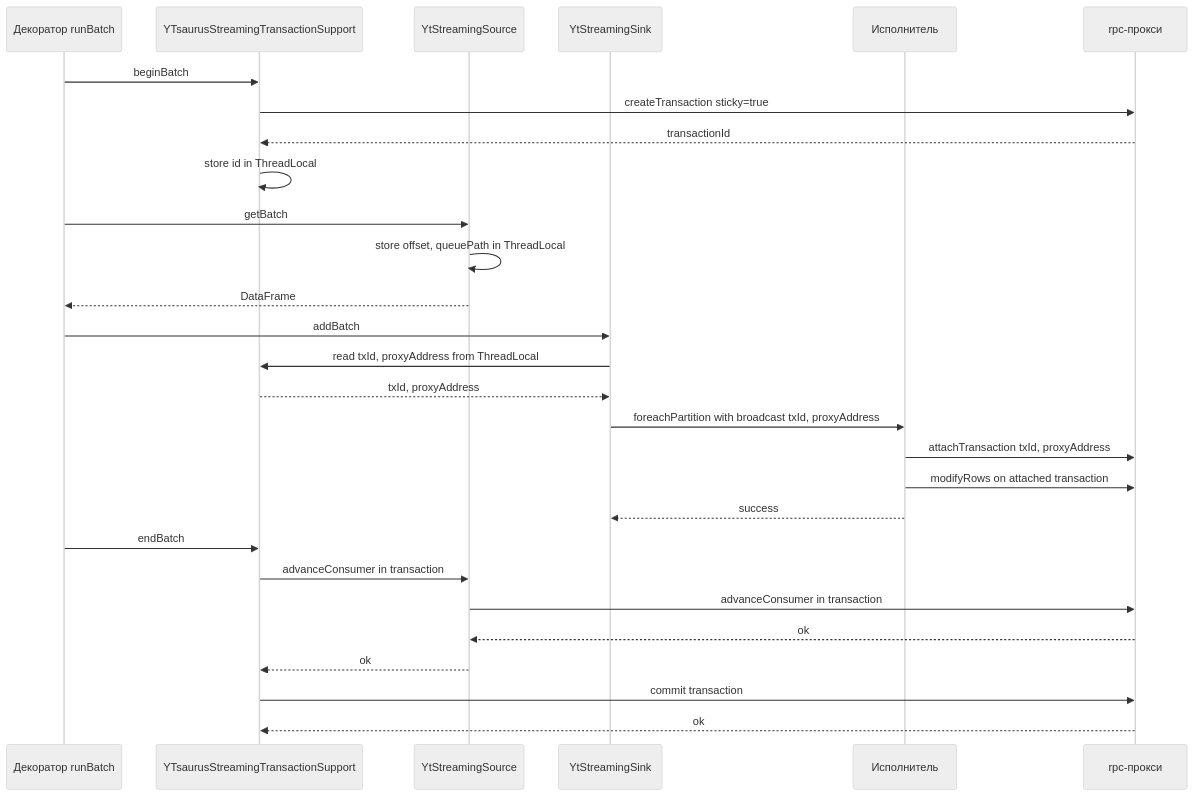
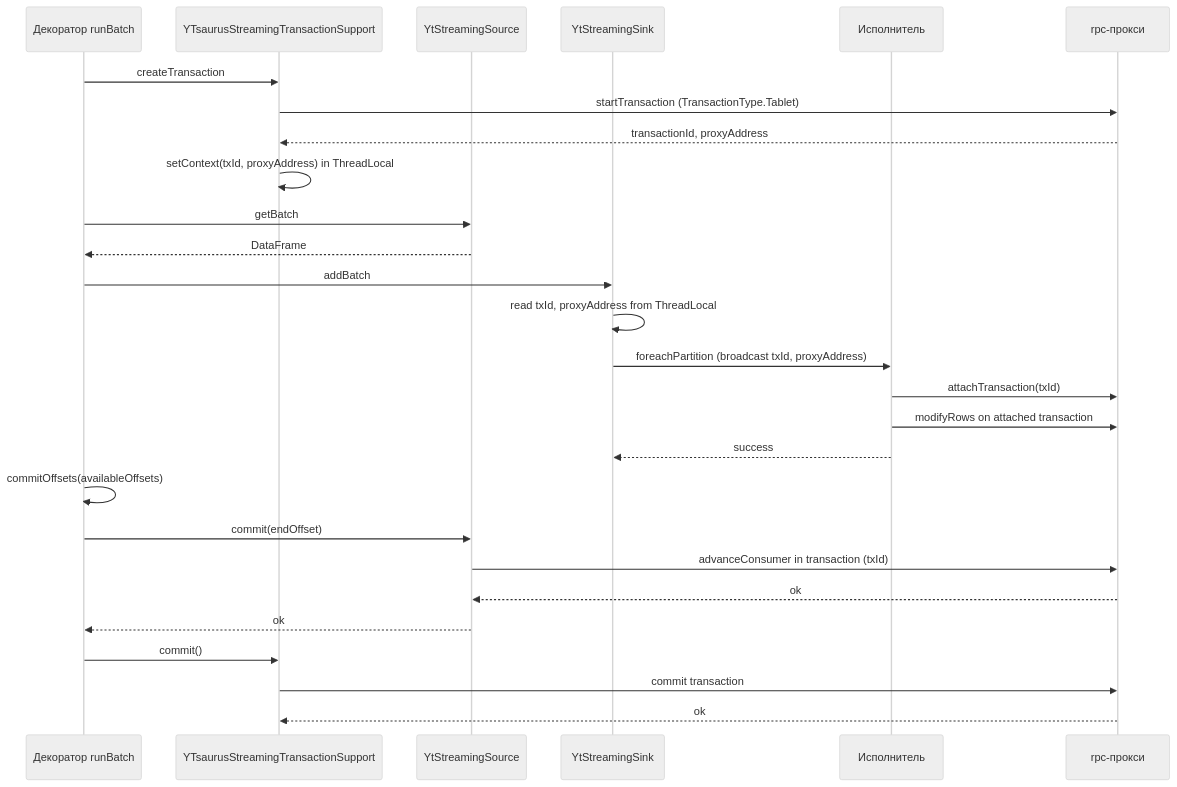
Before and after one commit to Intention-man/text-diploma: the second of 2 diagrams in 03-design.md, drawn with Mermaid (neutral theme). The commit also changed other lines of this file and 1 other file, not shown here.

````diff
--- a/03-design.md
+++ b/03-design.md
@@ -223,30 +223,29 @@
 ```mermaid
 sequenceDiagram
     participant DEC as Декоратор runBatch
     participant SPI as YTsaurusStreamingTransactionSupport
     participant SRC as YtStreamingSource
     participant SINK as YtStreamingSink
     participant EX as Исполнитель
     participant PX as rpc-прокси
-    DEC->>SPI: beginBatch
-    SPI->>PX: createTransaction sticky=true
-    PX-->>SPI: transactionId
-    SPI->>SPI: store id in ThreadLocal
+    DEC->>SPI: createTransaction
+    SPI->>PX: startTransaction (TransactionType.Tablet)
+    PX-->>SPI: transactionId, proxyAddress
+    SPI->>SPI: setContext(txId, proxyAddress) in ThreadLocal
     DEC->>SRC: getBatch
-    SRC->>SRC: store offset, queuePath in ThreadLocal
     SRC-->>DEC: DataFrame
     DEC->>SINK: addBatch
-    SINK->>SPI: read txId, proxyAddress from ThreadLocal
-    SPI-->>SINK: txId, proxyAddress
-    SINK->>EX: foreachPartition with broadcast txId, proxyAddress
-    EX->>PX: attachTransaction txId, proxyAddress
+    SINK->>SINK: read txId, proxyAddress from ThreadLocal
+    SINK->>EX: foreachPartition (broadcast txId, proxyAddress)
+    EX->>PX: attachTransaction(txId)
     EX->>PX: modifyRows on attached transaction
     EX-->>SINK: success
-    DEC->>SPI: endBatch
-    SPI->>SRC: advanceConsumer in transaction
-    SRC->>PX: advanceConsumer in transaction
+    DEC->>DEC: commitOffsets(availableOffsets)
+    DEC->>SRC: commit(endOffset)
+    SRC->>PX: advanceConsumer in transaction (txId)
     PX-->>SRC: ok
-    SRC-->>SPI: ok
+    SRC-->>DEC: ok
+    DEC->>SPI: commit()
     SPI->>PX: commit transaction
     PX-->>SPI: ok
 ```
````
